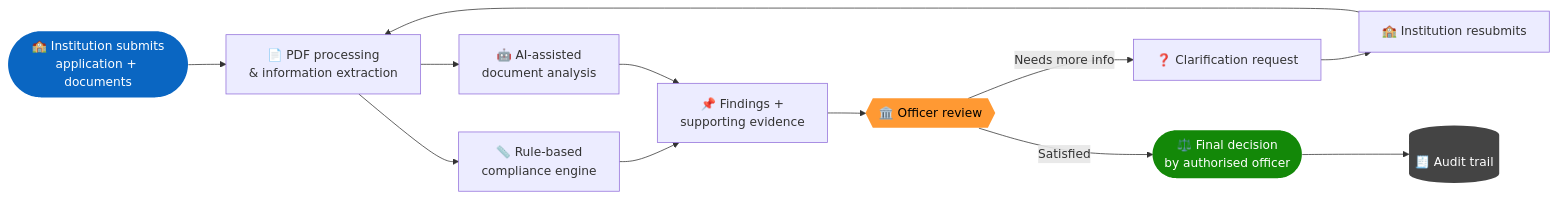
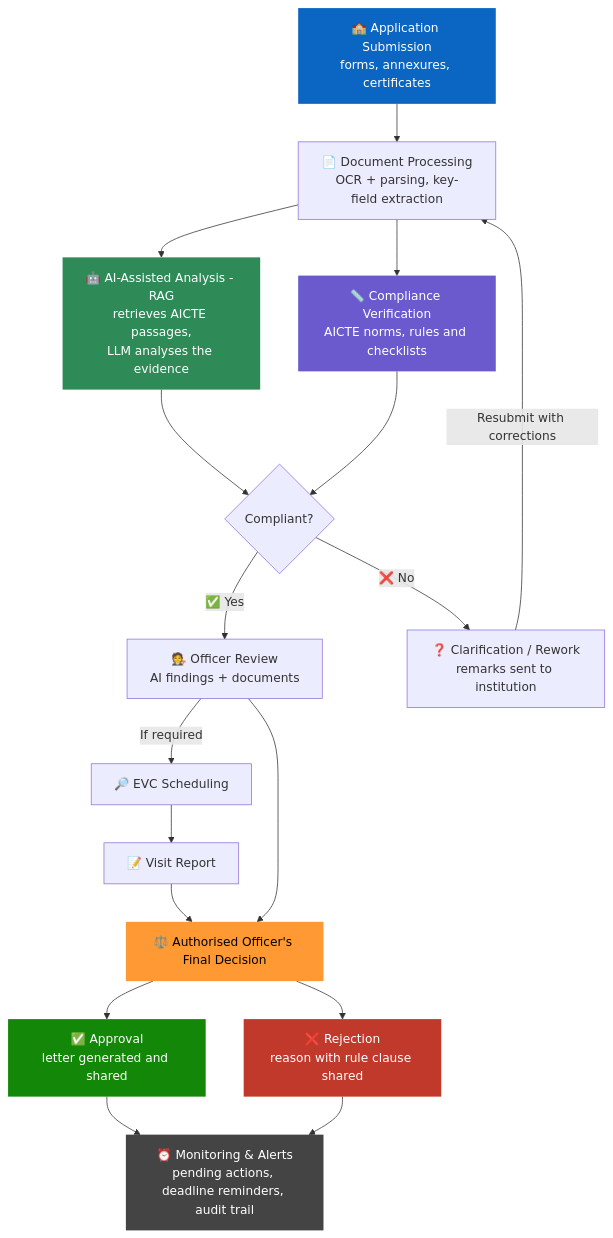
One commit to AabisTechx/NIRIKSH changed the first of 3 diagrams in README.md. Above: the diagram before and after it, drawn with Mermaid. The commit also changed other lines of this file, not shown here.

````diff
--- a/README.md
+++ b/README.md
@@ -151,19 +170,27 @@
 ```mermaid
-flowchart LR
-    A([🏫 Institution submits<br/>application + documents]) --> B[📄 PDF processing<br/>& information extraction]
-    B --> C[📏 Rule-based<br/>compliance engine]
-    B --> D[🤖 AI-assisted<br/>document analysis]
-    C --> E[📌 Findings +<br/>supporting evidence]
+flowchart TD
+    A["🏫 Application Submission<br/>forms, annexures, certificates"] --> B["📄 Document Processing<br/>OCR + parsing, key-field extraction"]
+    B --> C["🤖 AI-Assisted Analysis - RAG<br/>retrieves AICTE passages,<br/>LLM analyses the evidence"]
+    B --> D["📏 Compliance Verification<br/>AICTE norms, rules and checklists"]
+    C --> E{"Compliant?"}
     D --> E
-    E --> F{{🏛️ Officer review}}
-    F -->|Needs more info| G[❓ Clarification request]
-    G --> H[🏫 Institution resubmits]
-    H --> B
-    F -->|Satisfied| I([⚖️ Final decision<br/>by authorised officer])
-    I --> J[(🧾 Audit trail)]
+    E -->|"✅ Yes"| F["🧑‍⚖️ Officer Review<br/>AI findings + documents"]
+    E -->|"❌ No"| G["❓ Clarification / Rework<br/>remarks sent to institution"]
+    G -->|"Resubmit with corrections"| B
+    F -->|"If required"| H["🔎 EVC Scheduling"]
+    H --> I["📝 Visit Report"]
+    I --> J["⚖️ Authorised Officer's Final Decision"]
+    F --> J
+    J --> K["✅ Approval<br/>letter generated and shared"]
+    J --> L["❌ Rejection<br/>reason with rule clause shared"]
+    K --> M["⏰ Monitoring & Alerts<br/>pending actions, deadline reminders, audit trail"]
+    L --> M
 
     style A fill:#0A66C2,color:#fff,stroke:none
-    style I fill:#138808,color:#fff,stroke:none
-    style F fill:#FF9933,color:#000,stroke:none
-    style J fill:#444,color:#fff,stroke:none
+    style C fill:#2E8B57,color:#fff,stroke:none
+    style D fill:#6A5ACD,color:#fff,stroke:none
+    style J fill:#FF9933,color:#000,stroke:none
+    style K fill:#138808,color:#fff,stroke:none
+    style L fill:#C0392B,color:#fff,stroke:none
+    style M fill:#444,color:#fff,stroke:none
 ```
````
